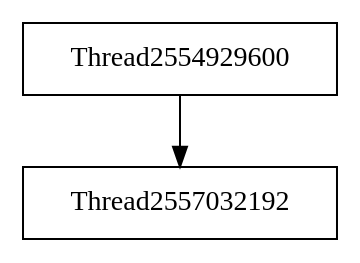
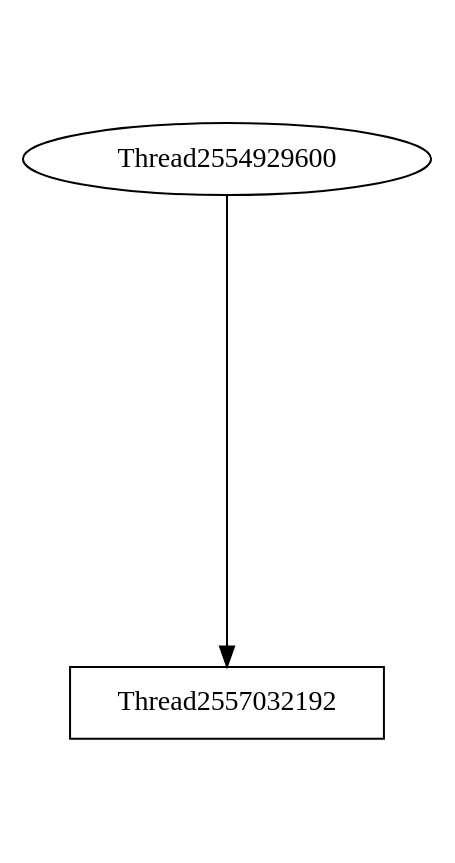
One commit to v4o6/cs410 changed the diagram in view/dot/graph005.dot. Above: the diagram before and after it, drawn with Graphviz. The commit also changed 202 other files, not shown here.

```diff
--- a/view/dot/graph005.dot
+++ b/view/dot/graph005.dot
@@ -1,6 +1,5 @@
 digraph G {
-graph[center=true];
-Thread2554929600 [shape=box,color=black];
+graph[center=true, ratio=2];
 Thread2554929600 -> Thread2557032192 [arrowhead=normal];
 Thread2557032192 [shape=box,color=black];
 }
```
